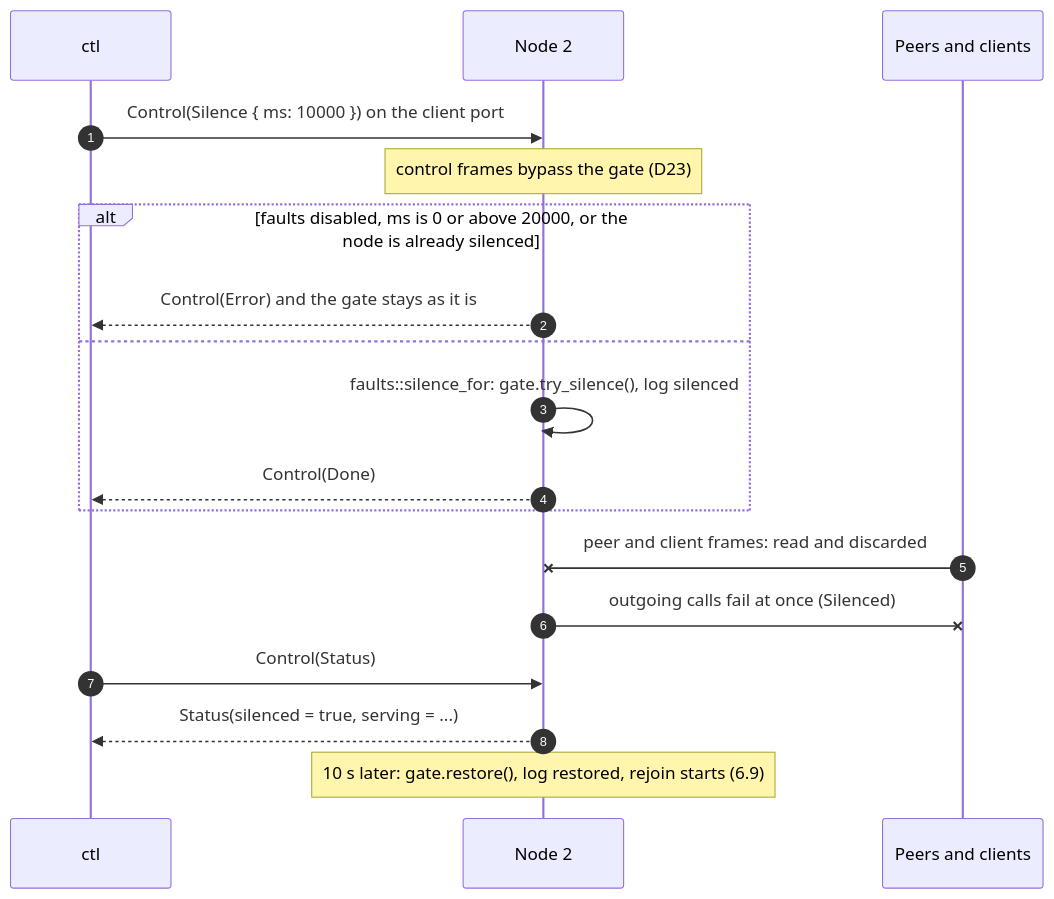
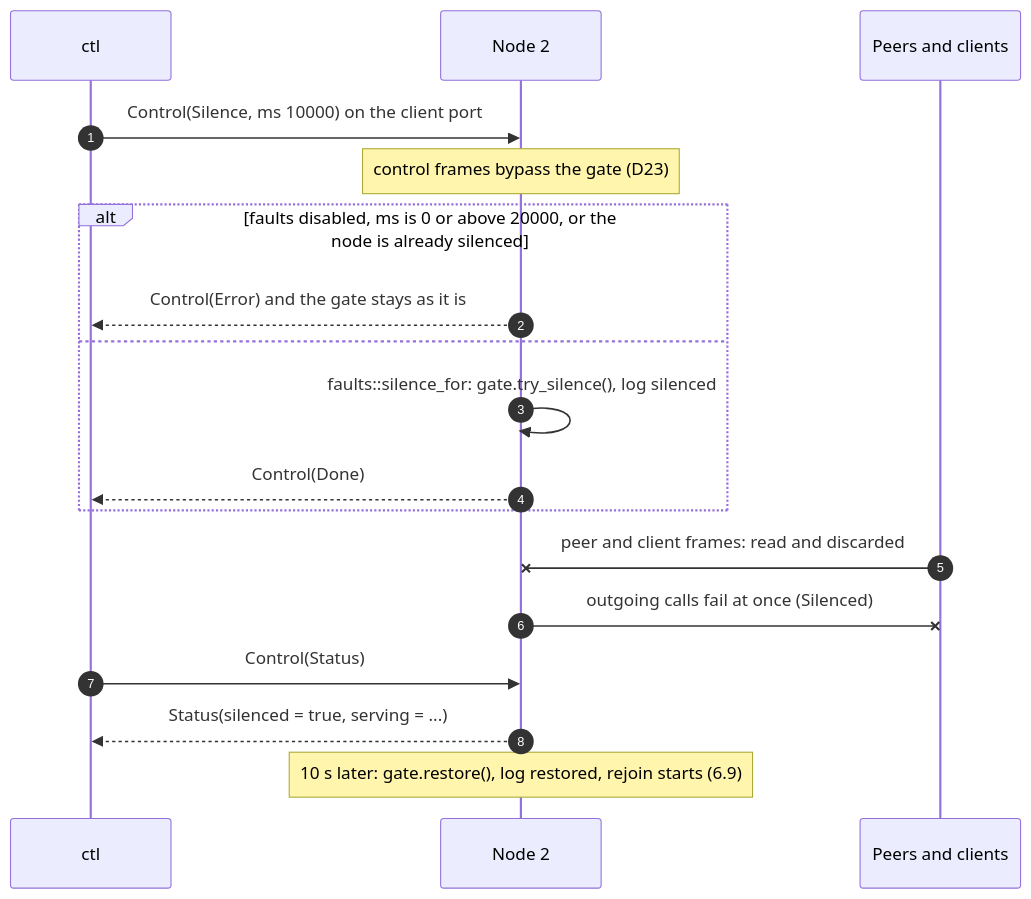
Before and after one commit to noortaytoy1/DistributedSystems: diagram 21 of 43 in docs/architecture.md, drawn with Mermaid. The commit also changed other lines of this file and 7 other files, not shown here.

````diff
--- a/docs/architecture.md
+++ b/docs/architecture.md
@@ -674,20 +861,20 @@
 ```mermaid
 sequenceDiagram
     autonumber
     participant OP as ctl
     participant N as Node 2
     participant P as Peers and clients
-    OP->>N: Control(Silence { ms: 10000 }) on the client port
+    OP->>N: Control(Silence, ms 10000) on the client port
     Note over N: control frames bypass the gate (D23)
     alt faults disabled, ms is 0 or above 20000, or the node is already silenced
         N-->>OP: Control(Error) and the gate stays as it is
     else
         N->>N: faults::silence_for: gate.try_silence(), log silenced
         N-->>OP: Control(Done)
     end
     P-xN: peer and client frames: read and discarded
     N-xP: outgoing calls fail at once (Silenced)
     OP->>N: Control(Status)
     N-->>OP: Status(silenced = true, serving = ...)
     Note over N: 10 s later: gate.restore(), log restored, rejoin starts (6.9)
 ```
````
